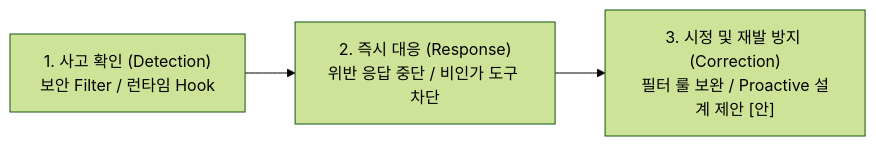
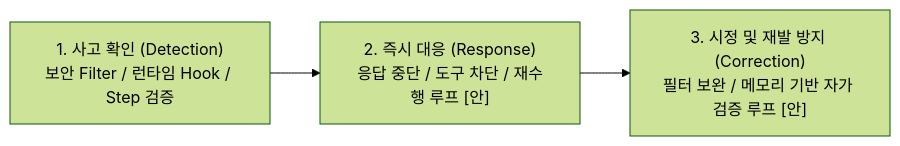
The second of 2 diagrams in AIS/Reports/Slide22_23_Update.md (misjin05/playground), drawn with Mermaid (forest theme) before and after one commit. The commit also changed other lines of this file and 1 other file, not shown here.

Commit message:
Update Slide 23 Risk B Correction to memory-based (diary.md & Mailbox QUESTION) semantic Self-Verification loop

````diff
--- a/AIS/Reports/Slide22_23_Update.md
+++ b/AIS/Reports/Slide22_23_Update.md
@@ -54,5 +54,5 @@
 ```mermaid
 graph LR
-    R1["1. 사고 확인 (Detection)<br/>보안 Filter / 런타임 Hook"] --> R2["2. 즉시 대응 (Response)<br/>위반 응답 중단 / 비인가 도구 차단"]
-    R2 --> R3["3. 시정 및 재발 방지 (Correction)<br/>필터 룰 보완 / Proactive 설계 제안 [안]"]
+    R1["1. 사고 확인 (Detection)<br/>보안 Filter / 런타임 Hook / Step 검증"] --> R2["2. 즉시 대응 (Response)<br/>응답 중단 / 도구 차단 / 재수행 루프 [안]"]
+    R2 --> R3["3. 시정 및 재발 방지 (Correction)<br/>필터 보완 / 메모리 기반 자가 검증 루프 [안]"]
 ```
````
